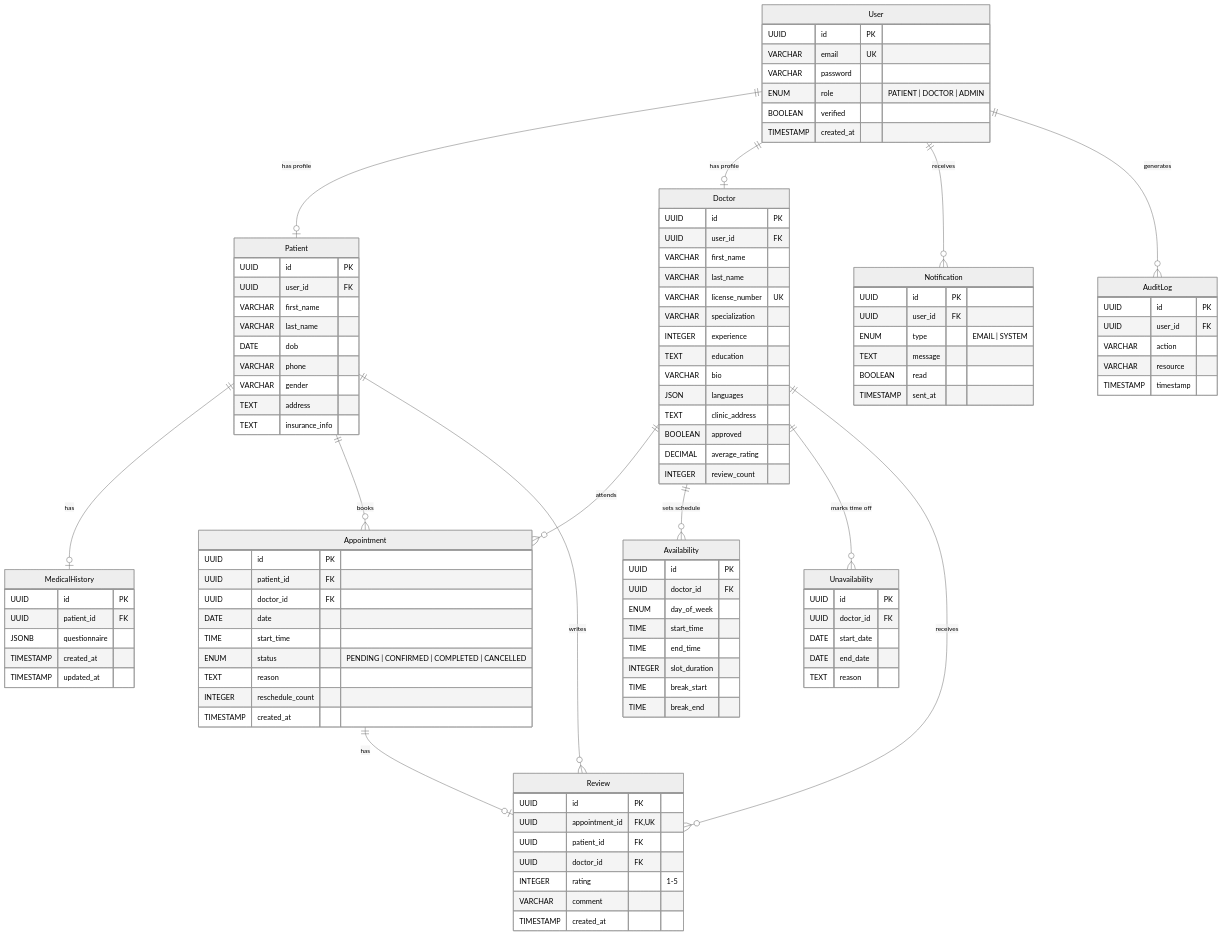
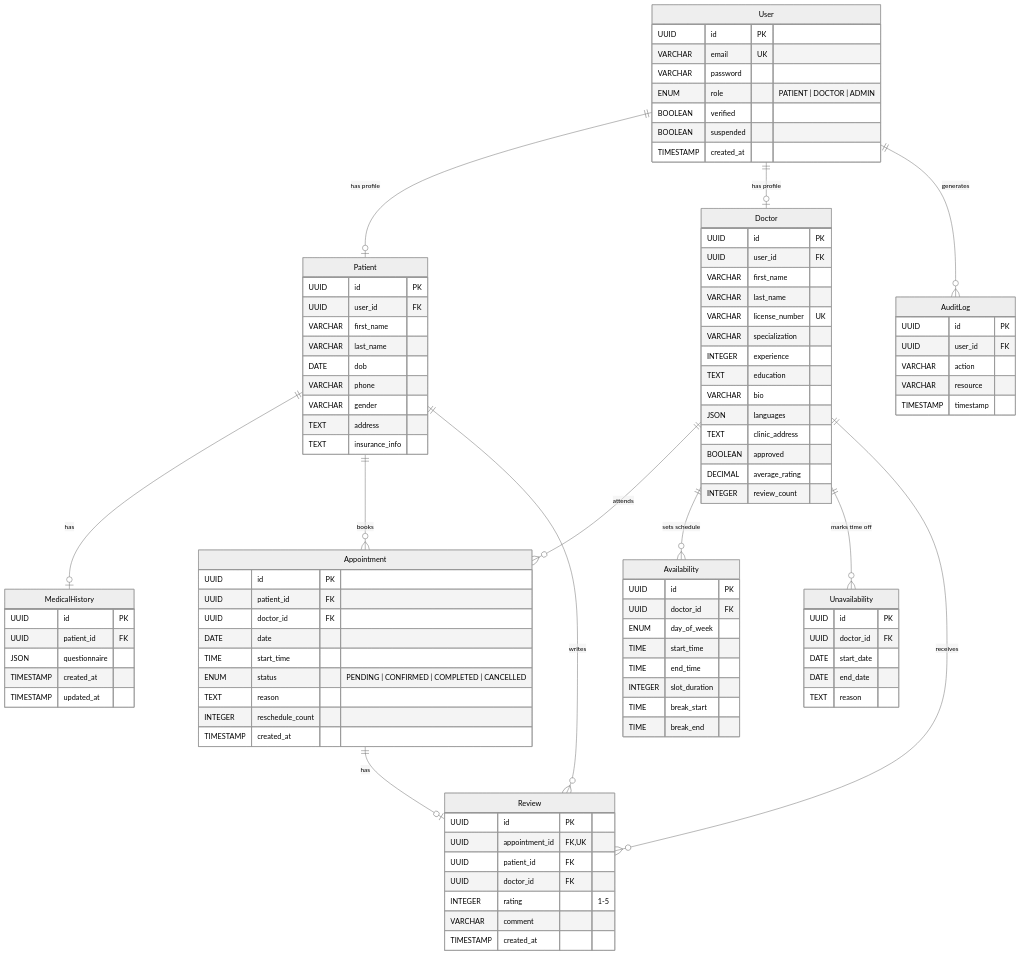
The diagram in README.md (omarellbidi/healthcare-platform-backend), drawn with Mermaid (neutral theme) before and after one commit. The commit also changed other lines of this file and 10 other files, not shown here.

```diff
--- a/README.md
+++ b/README.md
@@ -102,7 +101,6 @@
 erDiagram
     User ||--o| Patient : "has profile"
     User ||--o| Doctor : "has profile"
-    User ||--o{ Notification : "receives"
     User ||--o{ AuditLog : "generates"
     Patient ||--o| MedicalHistory : "has"
     Patient ||--o{ Appointment : "books"
@@ -119,6 +117,7 @@
         VARCHAR password
         ENUM role "PATIENT | DOCTOR | ADMIN"
         BOOLEAN verified
+        BOOLEAN suspended
         TIMESTAMP created_at
     }
 
@@ -154,7 +153,7 @@
     MedicalHistory {
         UUID id PK
         UUID patient_id FK
-        JSONB questionnaire
+        JSON questionnaire
         TIMESTAMP created_at
         TIMESTAMP updated_at
     }
@@ -200,15 +199,6 @@
         TIMESTAMP created_at
     }
 
-    Notification {
-        UUID id PK
-        UUID user_id FK
-        ENUM type "EMAIL | SYSTEM"
-        TEXT message
-        BOOLEAN read
-        TIMESTAMP sent_at
-    }
-
     AuditLog {
         UUID id PK
         UUID user_id FK
```
